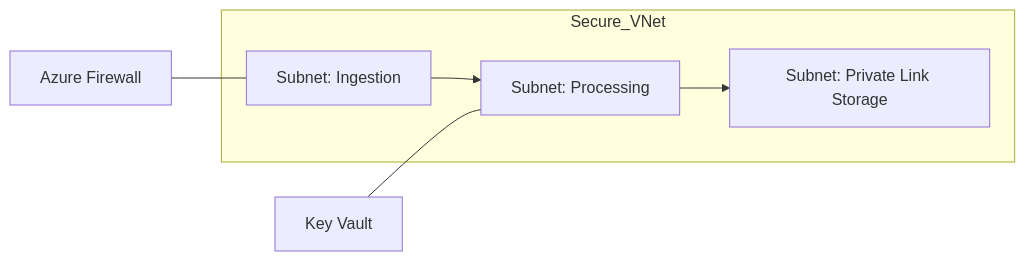
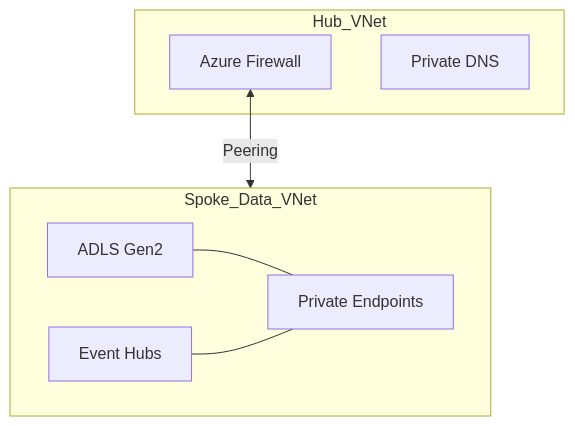
One commit to Devopstrio/enterprise-data-platform-accelerator changed the third of 4 diagrams in README.md. Above: the diagram before and after it, drawn with Mermaid. The commit also changed other lines of this file, not shown here.

Commit message:
docs: professional architectural elevation - medallion lakehouse & dqre workflows

````diff
--- a/README.md
+++ b/README.md
@@ -99,9 +87,17 @@
 ```mermaid
-graph LR
-    subgraph Secure_VNet
-        S1[Subnet: Ingestion] --> S2[Subnet: Processing]
-        S2 --> S3[Subnet: Private Link Storage]
+graph TD
+    subgraph Hub_VNet
+        FW[Azure Firewall]
+        DNS[Private DNS]
     end
-    FW[Azure Firewall] --- S1
-    KV[Key Vault] --- S2
+    
+    subgraph Spoke_Data_VNet
+        ADLS[ADLS Gen2]
+        PE[Private Endpoints]
+        EH[Event Hubs]
+    end
+    
+    FW <-->|Peering| Spoke_Data_VNet
+    ADLS --- PE
+    EH --- PE
 ```
````
